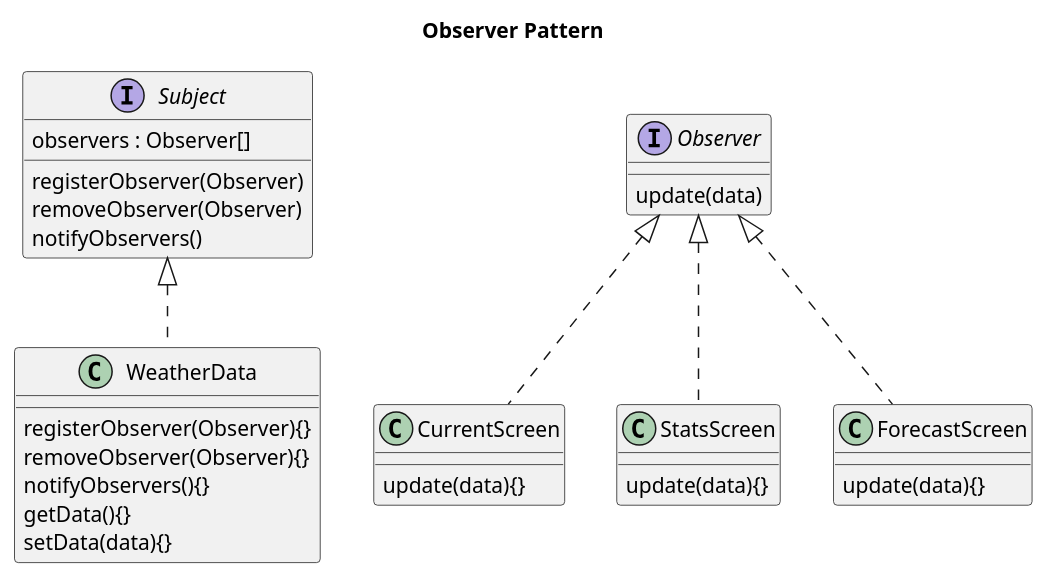
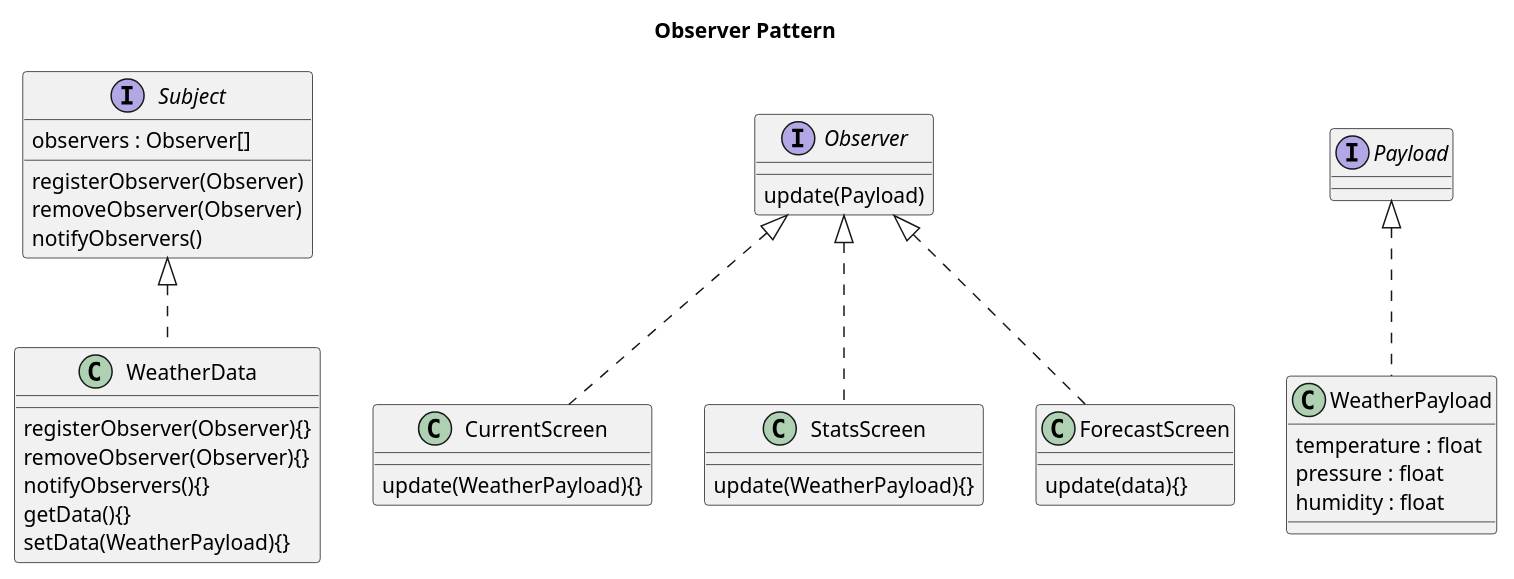
One commit to alesgenova/design-patterns changed the diagram in 02_observer_pattern/README.md. Above: the diagram before and after it, drawn with PlantUML. The commit also changed other lines of this file and 11 other files, not shown here.

````diff
--- a/02_observer_pattern/README.md
+++ b/02_observer_pattern/README.md
@@ -10,50 +9,63 @@
 ```plantuml
 @startuml
 
 title Observer Pattern
 
 interface Subject{
   observers : Observer[]
   registerObserver(Observer)
   removeObserver(Observer)
   notifyObservers()
 }
 
 
 interface Observer{
-  update(data)
+  update(Payload)
+}
+
+interface Payload{
+
 }
 
 
 class WeatherData{
   registerObserver(Observer){}
   removeObserver(Observer){}
   notifyObservers(){}
   getData(){}
-  setData(data){}
+  setData(WeatherPayload){}
 }
 
 
 class CurrentScreen{
-  update(data){}
+  update(WeatherPayload){}
 }
 
 
 class StatsScreen{
-  update(data){}
+  update(WeatherPayload){}
 }
 
 
 class ForecastScreen{
   update(data){}
+}
+
+class WeatherPayload{
+  temperature : float
+  pressure : float
+  humidity : float
 }
 
 
 Subject <|.. WeatherData
 
 Observer <|.. CurrentScreen
 Observer <|.. StatsScreen
 Observer <|.. ForecastScreen
 
+Payload <|.. WeatherPayload
+
+
 @enduml
 ```
````
